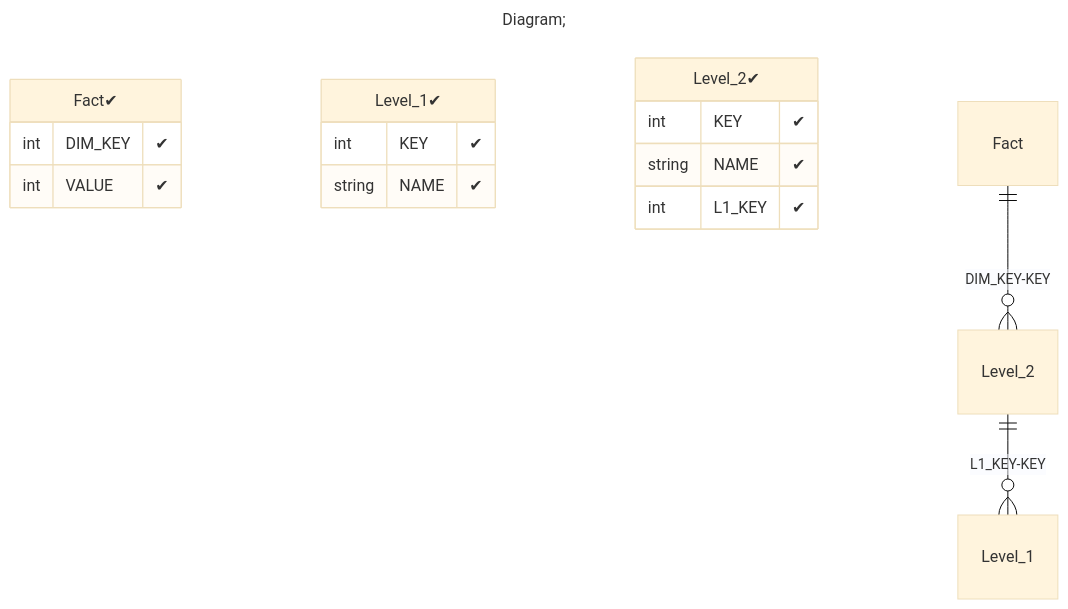
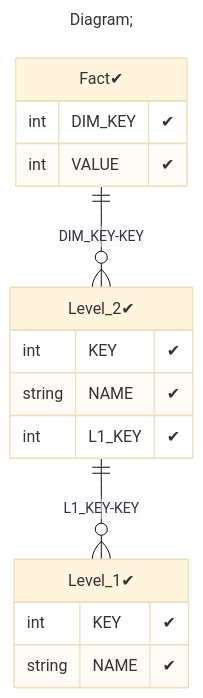
Before and after one commit to xmla-services/workground: the third of 3 diagrams in demo/server/catalogs/min_Level_Join/README.MD, drawn with Mermaid (base theme). The commit also changed 16 other files, not shown here.

Commit message:
tutorials. add flags (positive, negative) in database diagram Signed-off-by: dbulahov <bulahovdenis@gmail.com>

````diff
--- a/demo/server/catalogs/min_Level_Join/README.MD
+++ b/demo/server/catalogs/min_Level_Join/README.MD
@@ -92,22 +92,22 @@
 ```mermaid
 ---
 title: Diagram;
 ---
 erDiagram
 "Fact✔"{
 int DIM_KEY "✔"
 int VALUE "✔"
 }
 "Level_1✔"{
 int KEY "✔"
 string NAME "✔"
 }
 "Level_2✔"{
 int KEY "✔"
 string NAME "✔"
 int L1_KEY "✔"
 }
 
-"Fact" ||--o{ "Level_2" : "DIM_KEY-KEY"
-"Level_2" ||--o{ "Level_1" : "L1_KEY-KEY"
+"Fact✔" ||--o{ "Level_2✔" : "DIM_KEY-KEY"
+"Level_2✔" ||--o{ "Level_1✔" : "L1_KEY-KEY"
 ```
````
